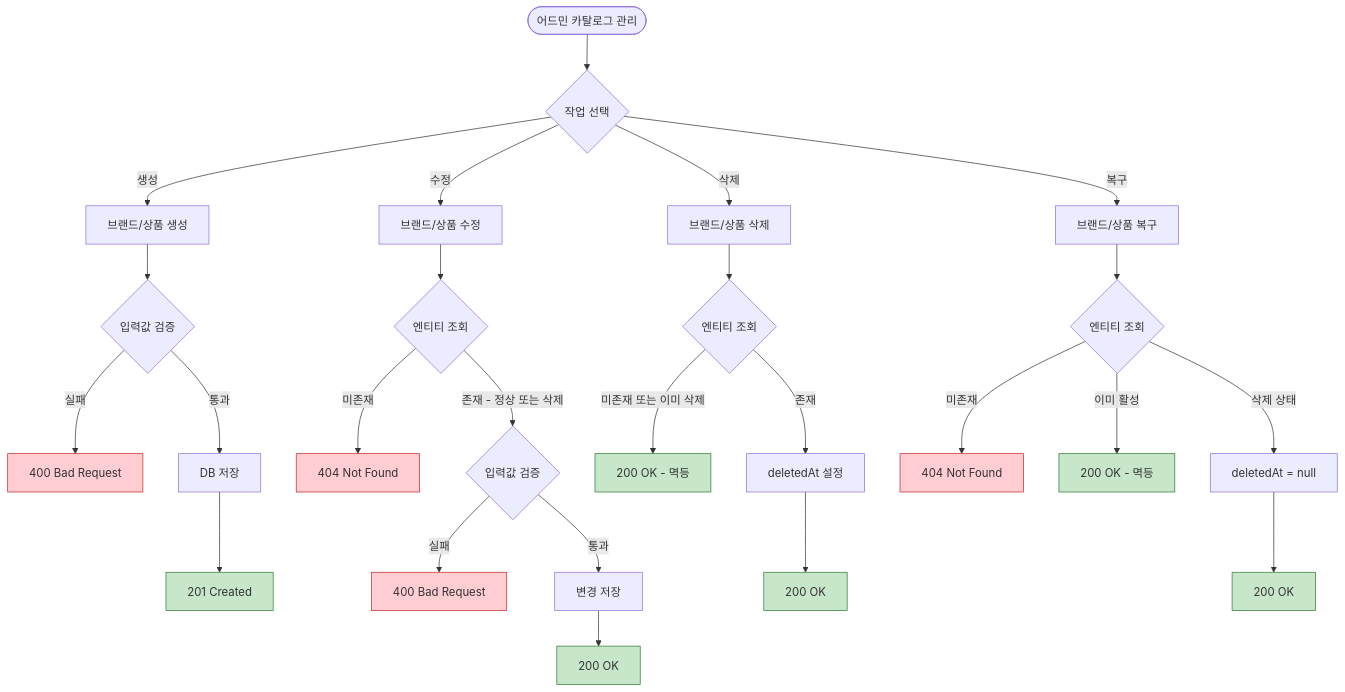
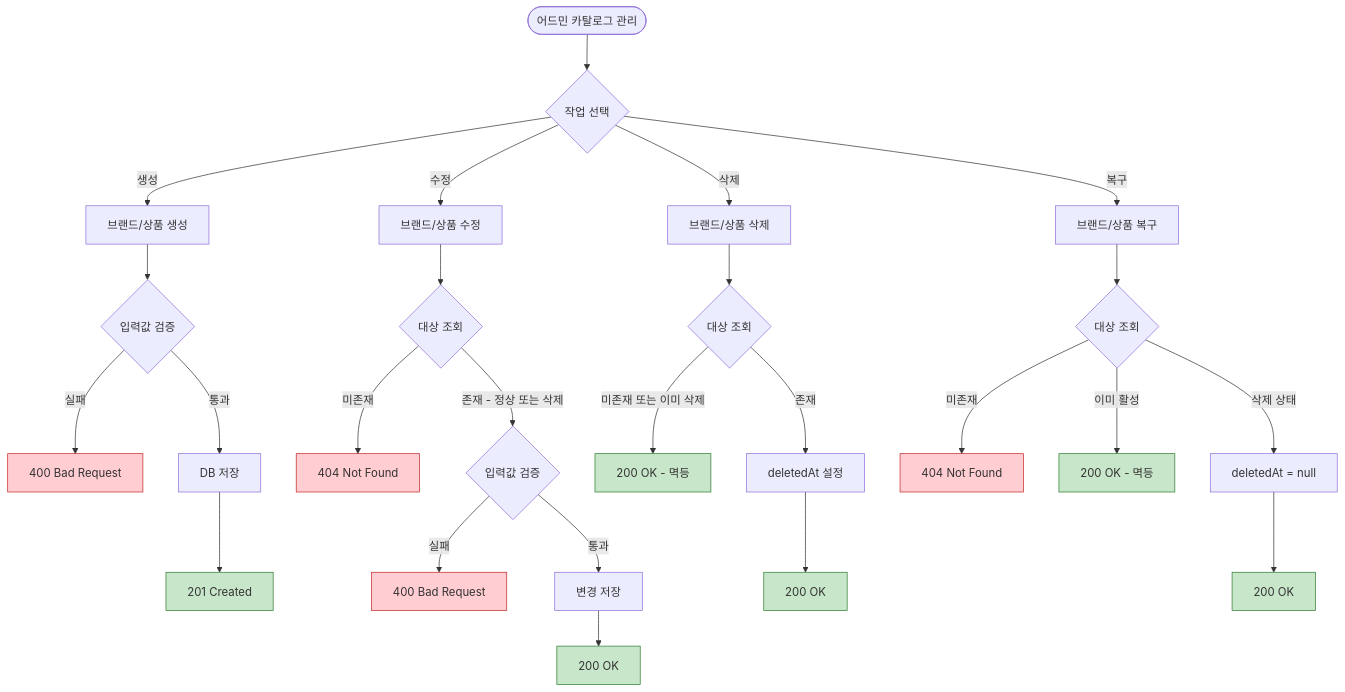
Before and after one commit to Loopers-dev-lab/loop-pack-be-l2-vol3-kotlin: the sixth of 6 diagrams in docs/design/05-flowcharts.md, drawn with Mermaid. The commit also changed other lines of this file and 6 other files, not shown here.

````diff
--- a/docs/design/05-flowcharts.md
+++ b/docs/design/05-flowcharts.md
@@ -194,34 +193,34 @@
 ```mermaid
 flowchart TB
     Start([어드민 카탈로그 관리]) --> Select{작업 선택}
 
     Select -->|생성| Create[브랜드/상품 생성]
     Create --> ValidCreate{입력값 검증}
     ValidCreate -->|실패| Err400_1[400 Bad Request]:::error
     ValidCreate -->|통과| SaveNew[DB 저장]
     SaveNew --> Success201[201 Created]:::success
 
     Select -->|수정| Update[브랜드/상품 수정]
-    Update --> FindForUpdate{엔티티 조회}
+    Update --> FindForUpdate{대상 조회}
     FindForUpdate -->|미존재| Err404_1[404 Not Found]:::error
     FindForUpdate -->|존재 - 정상 또는 삭제| ValidUpdate{입력값 검증}
     ValidUpdate -->|실패| Err400_2[400 Bad Request]:::error
     ValidUpdate -->|통과| SaveUpdate[변경 저장]
     SaveUpdate --> Success200_1[200 OK]:::success
 
     Select -->|삭제| Delete[브랜드/상품 삭제]
-    Delete --> FindForDelete{엔티티 조회}
+    Delete --> FindForDelete{대상 조회}
     FindForDelete -->|미존재 또는 이미 삭제| Success200_2[200 OK - 멱등]:::success
     FindForDelete -->|존재| SoftDel[deletedAt 설정]
     SoftDel --> Success200_3[200 OK]:::success
 
     Select -->|복구| Restore[브랜드/상품 복구]
-    Restore --> FindForRestore{엔티티 조회}
+    Restore --> FindForRestore{대상 조회}
     FindForRestore -->|미존재| Err404_2[404 Not Found]:::error
     FindForRestore -->|이미 활성| Success200_4[200 OK - 멱등]:::success
     FindForRestore -->|삭제 상태| RestoreEntity[deletedAt = null]
     RestoreEntity --> Success200_5[200 OK]:::success
 
     classDef success fill:#c8e6c9,stroke:#2e7d32
     classDef error fill:#ffcdd2,stroke:#c62828
 ```
````
